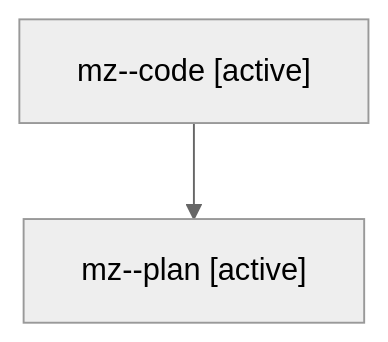
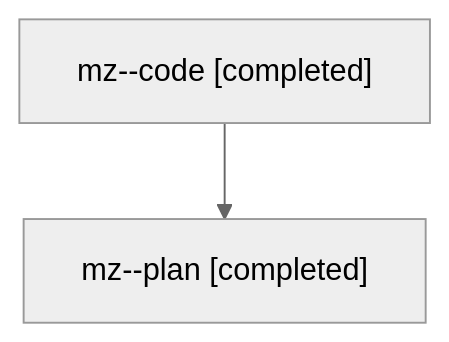
Before and after one commit to sase-org/sase--agents: the diagram in families/bbugyi200.athena.mz.md, drawn with Mermaid (neutral theme). The commit also changed other lines of this file and 1002 other files, not shown here.

````diff
--- a/families/bbugyi200.athena.mz.md
+++ b/families/bbugyi200.athena.mz.md
@@ -9,6 +9,6 @@
 ```mermaid
 flowchart TD
-  n0["mz--code [active]"]
-  n1["mz--plan [active]"]
+  n0["mz--code [completed]"]
+  n1["mz--plan [completed]"]
   n0 --> n1
 ```
````
